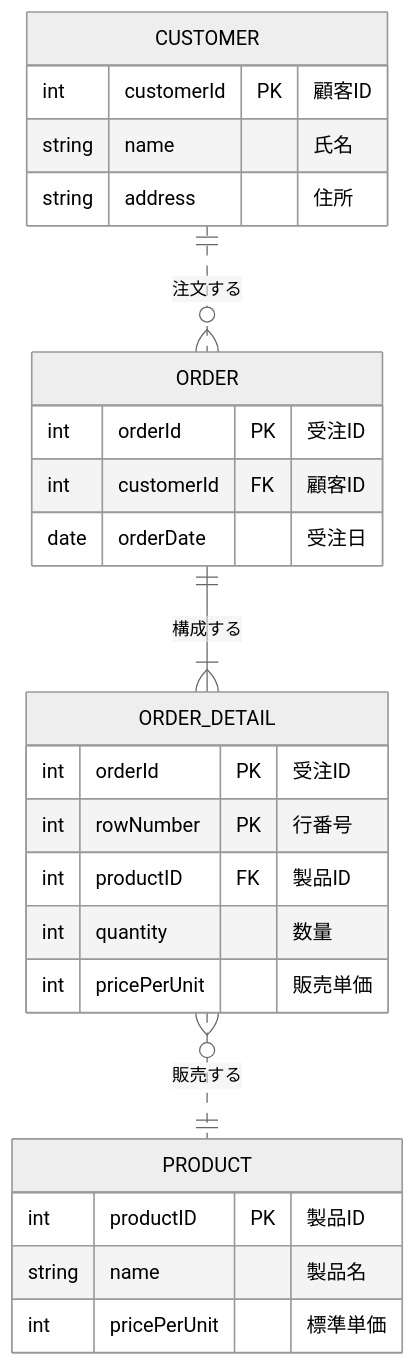
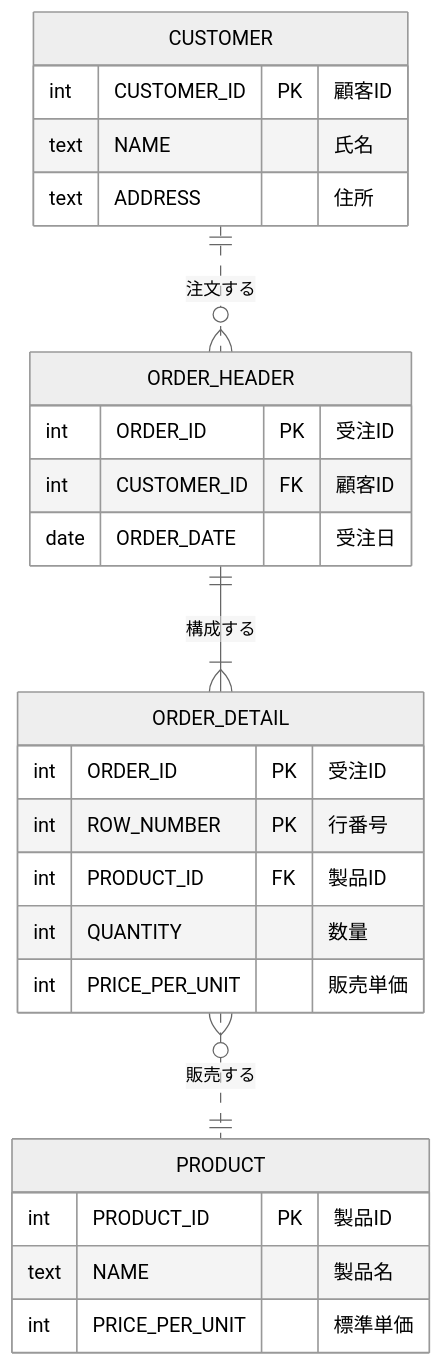
Before and after one commit to take0a/go-rest-sample: the first of 3 diagrams in README.md, drawn with Mermaid (neutral theme). The commit also changed other lines of this file, not shown here.

````diff
--- a/README.md
+++ b/README.md
@@ -8,28 +9,28 @@
 ```mermaid
 erDiagram
-    CUSTOMER ||..o{ ORDER : "注文する"
+    CUSTOMER ||..o{ ORDER_HEADER : "注文する"
     CUSTOMER {
-        int customerId PK "顧客ID"
-        string name "氏名"
-        string address "住所"
+        int CUSTOMER_ID PK "顧客ID"
+        text NAME "氏名"
+        text ADDRESS "住所"
     }
-    ORDER ||--|{ ORDER_DETAIL : "構成する"
-    ORDER {
-        int orderId PK "受注ID"
-        int customerId FK "顧客ID"
-        date orderDate "受注日"
+    ORDER_HEADER ||--|{ ORDER_DETAIL : "構成する"
+    ORDER_HEADER {
+        int ORDER_ID PK "受注ID"
+        int CUSTOMER_ID FK "顧客ID"
+        date ORDER_DATE "受注日"
     }
     ORDER_DETAIL {
-        int orderId PK "受注ID"
-        int rowNumber PK "行番号"
-        int productID FK "製品ID"
-        int quantity "数量"
-        int pricePerUnit "販売単価"
+        int ORDER_ID PK "受注ID"
+        int ROW_NUMBER PK "行番号"
+        int PRODUCT_ID FK "製品ID"
+        int QUANTITY "数量"
+        int PRICE_PER_UNIT "販売単価"
     }
     ORDER_DETAIL }o..|| PRODUCT : "販売する"
     PRODUCT {
-        int productID PK "製品ID"
-        string name "製品名"
-        int pricePerUnit "標準単価"
+        int PRODUCT_ID PK "製品ID"
+        text NAME "製品名"
+        int PRICE_PER_UNIT "標準単価"
     }
 ```
````
